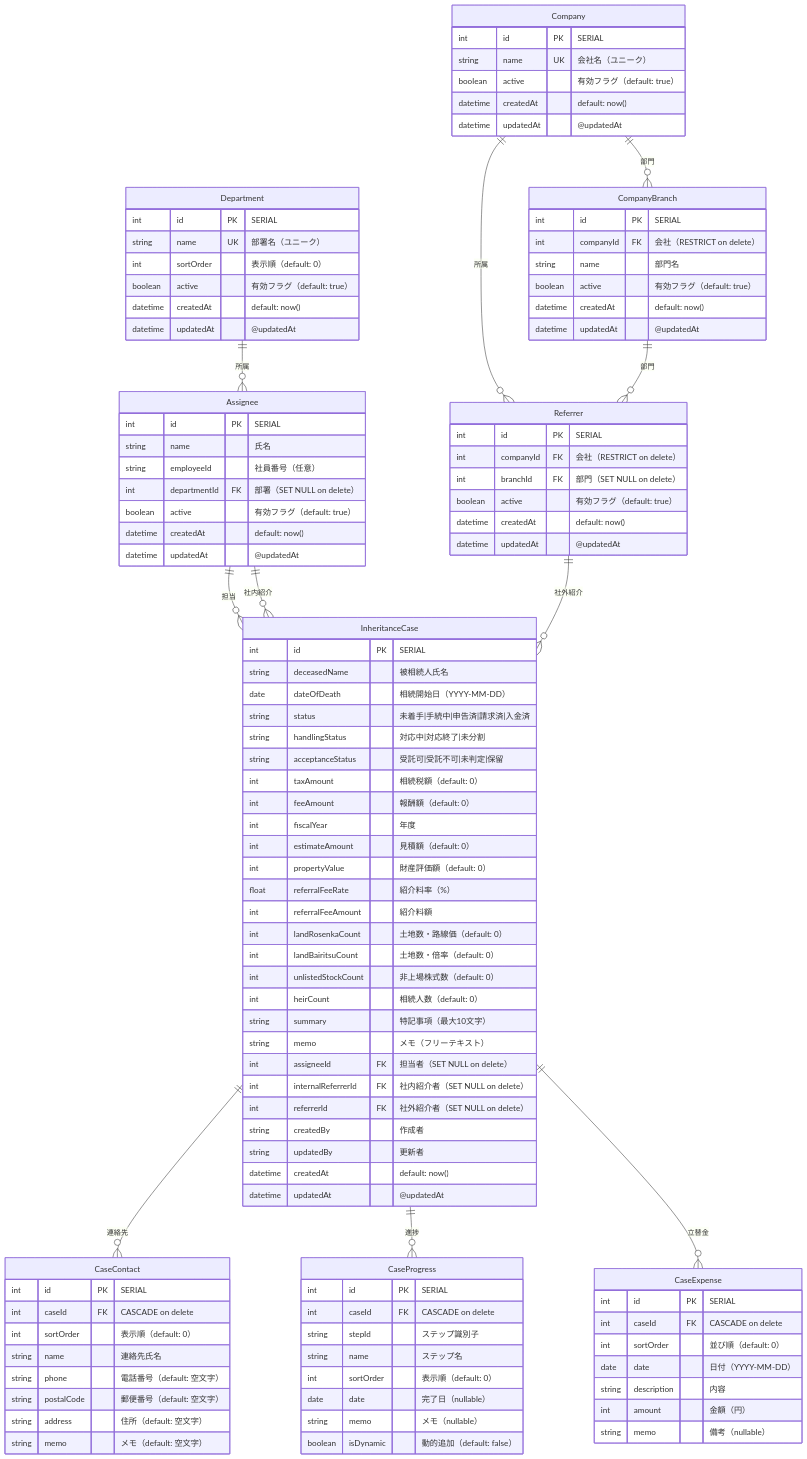
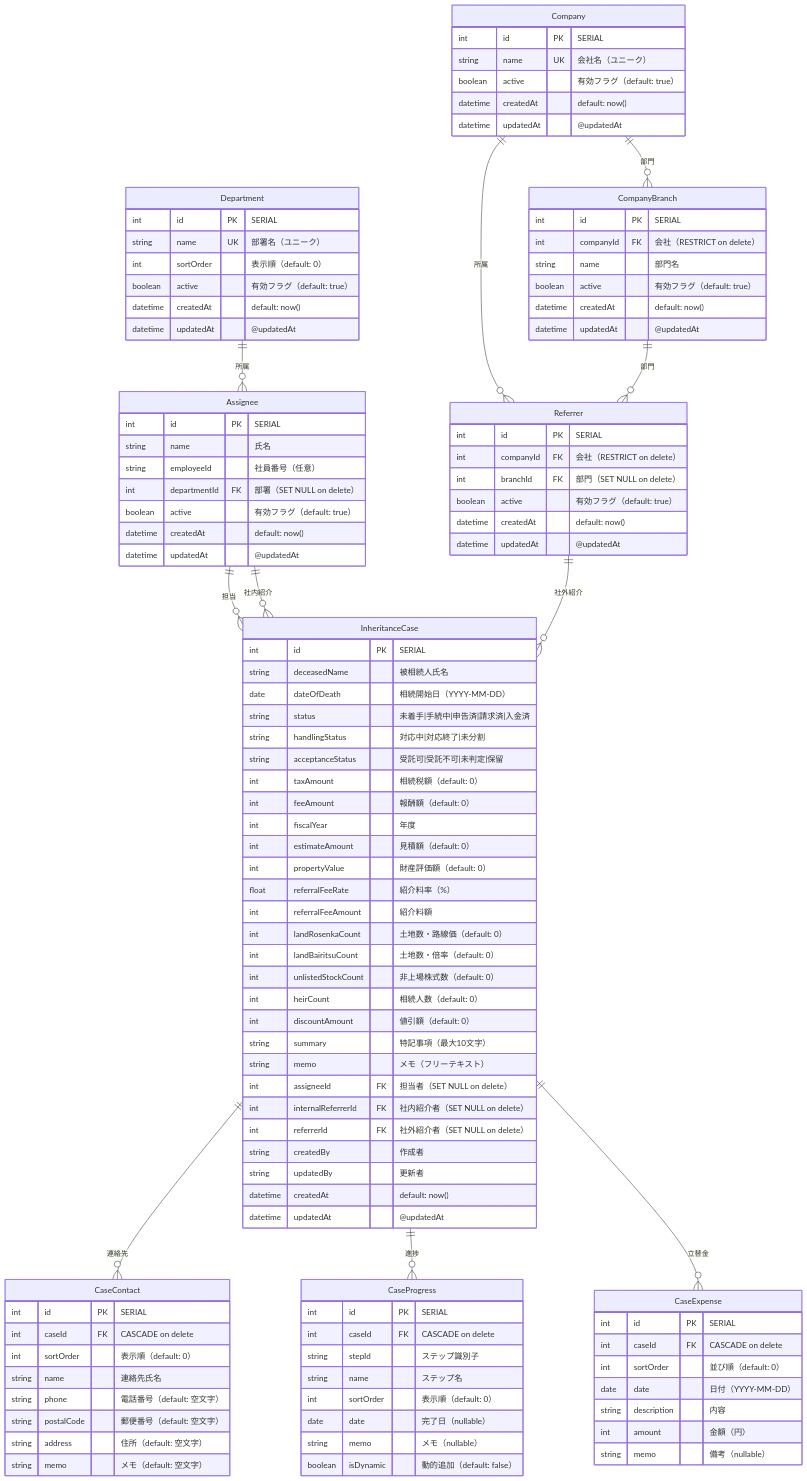
One commit to kojima1978/tax_apps changed the diagram in apps/inheritance-case-management/docs/database_schema.md. Above: the diagram before and after it, drawn with Mermaid. The commit also changed other lines of this file and 7 other files, not shown here.

```diff
--- a/apps/inheritance-case-management/docs/database_schema.md
+++ b/apps/inheritance-case-management/docs/database_schema.md
@@ -78,6 +78,7 @@
         int landBairitsuCount "土地数・倍率（default: 0）"
         int unlistedStockCount "非上場株式数（default: 0）"
         int heirCount "相続人数（default: 0）"
+        int discountAmount "値引額（default: 0）"
         string summary "特記事項（最大10文字）"
         string memo "メモ（フリーテキスト）"
         int assigneeId FK "担当者（SET NULL on delete）"
```
